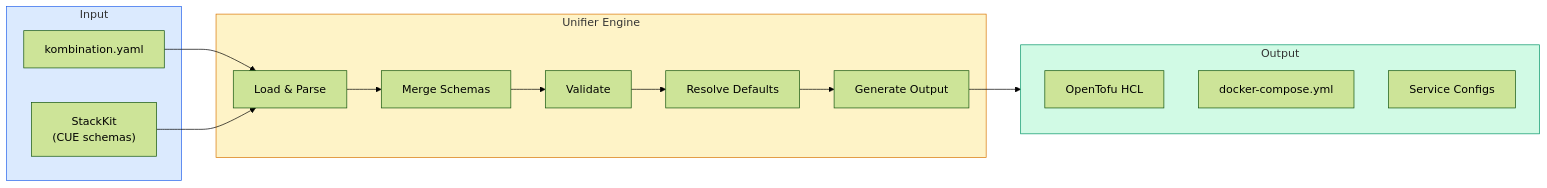
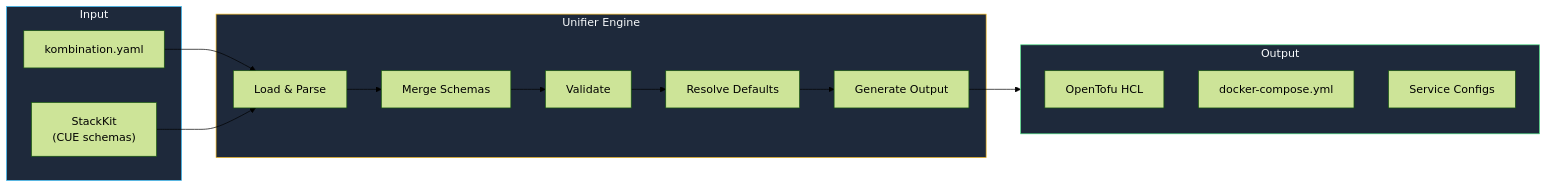
The diagram in stack/unifier.mdx (KombiverseLabs/docs), drawn with Mermaid (forest theme) before and after one commit. The commit also changed 33 other files, not shown here.

````diff
--- a/stack/unifier.mdx
+++ b/stack/unifier.mdx
@@ -14,30 +14,30 @@
 ```mermaid
 graph LR
     subgraph Input["Input"]
         YAML["kombination.yaml"]
         Kit["StackKit<br/>(CUE schemas)"]
     end
     
     subgraph Unifier["Unifier Engine"]
         Load["Load & Parse"]
         Merge["Merge Schemas"]
         Validate["Validate"]
         Resolve["Resolve Defaults"]
         Generate["Generate Output"]
     end
     
     subgraph Output["Output"]
         TF["OpenTofu HCL"]
         Compose["docker-compose.yml"]
         Configs["Service Configs"]
     end
     
     YAML --> Load
     Kit --> Load
     Load --> Merge --> Validate --> Resolve --> Generate
     Generate --> Output
     
-    style Input fill:#dbeafe,stroke:#2563eb
-    style Unifier fill:#fef3c7,stroke:#d97706
-    style Output fill:#d1fae5,stroke:#059669
+    style Input fill:#1e293b,stroke:#38bdf8,color:#f8fafc
+    style Unifier fill:#1e293b,stroke:#fbbf24,color:#f8fafc
+    style Output fill:#1e293b,stroke:#4ade80,color:#f8fafc
 ```
````
